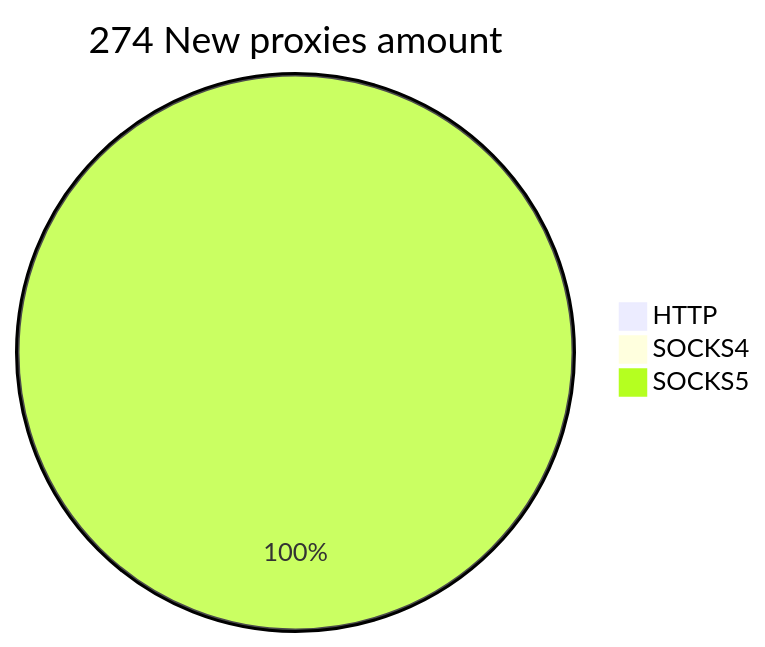
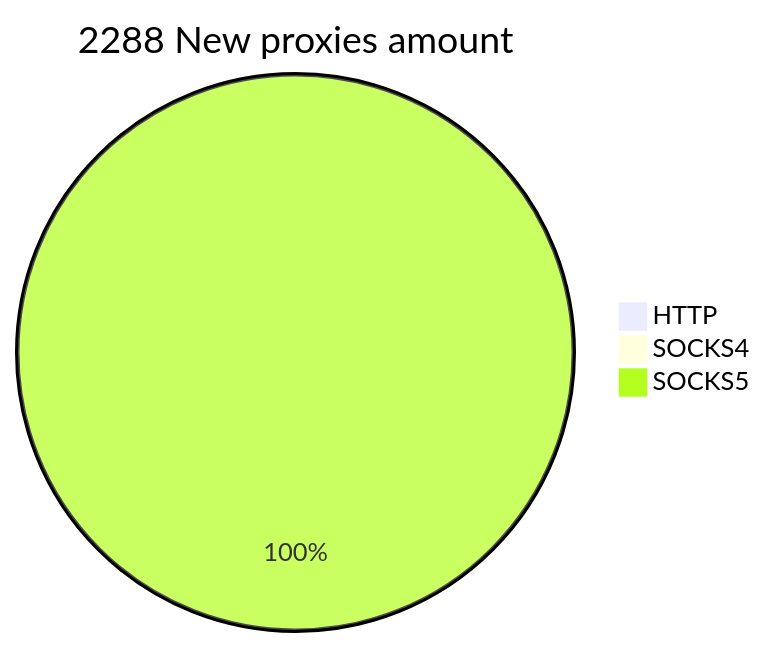
One commit to cutipu/proxylist changed the second of 2 diagrams in README.md. Above: the diagram before and after it, drawn with Mermaid. The commit also changed other lines of this file, not shown here.

````diff
--- a/README.md
+++ b/README.md
@@ -10,6 +10,6 @@
 ```mermaid
-pie title 274 New proxies amount
+pie title 2288 New proxies amount
     "HTTP" : 0
-    "SOCKS4" : 0
-    "SOCKS5" : 278
+    "SOCKS4" : 3
+    "SOCKS5" : 2286
 ```
````
